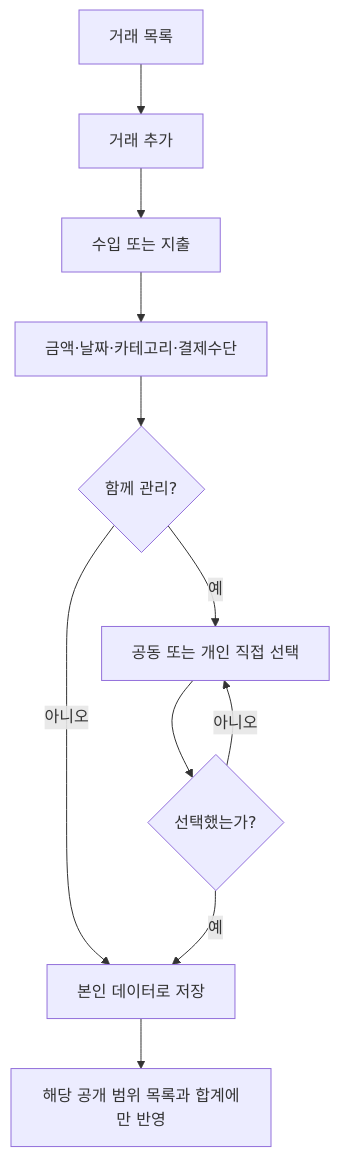
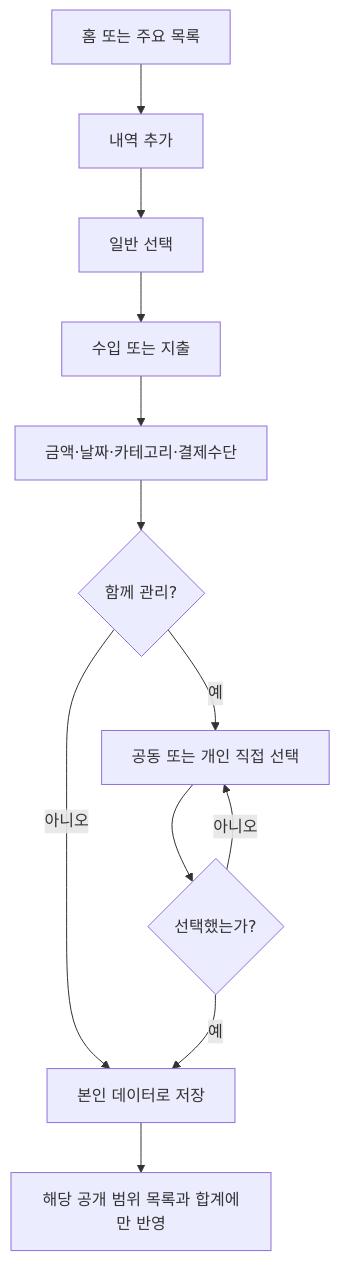
The sixth of 7 diagrams in docs/02-design/user-flow.md (hkcho11/handal-sallim), drawn with Mermaid before and after one commit. The commit also changed other lines of this file and 6 other files, not shown here.

````diff
--- a/docs/02-design/user-flow.md
+++ b/docs/02-design/user-flow.md
@@ -101,13 +100,14 @@
 ```mermaid
 flowchart TD
-    A[거래 목록] --> B[거래 추가]
-    B --> C[수입 또는 지출]
-    C --> D[금액·날짜·카테고리·결제수단]
-    D --> E{함께 관리?}
-    E -- 아니오 --> F[본인 데이터로 저장]
-    E -- 예 --> G[공동 또는 개인 직접 선택]
-    G --> H{선택했는가?}
-    H -- 아니오 --> G
-    H -- 예 --> F
-    F --> I[해당 공개 범위 목록과 합계에만 반영]
+    A[홈 또는 주요 목록] --> B[내역 추가]
+    B --> C[일반 선택]
+    C --> D[수입 또는 지출]
+    D --> E[금액·날짜·카테고리·결제수단]
+    E --> F{함께 관리?}
+    F -- 아니오 --> G[본인 데이터로 저장]
+    F -- 예 --> H[공동 또는 개인 직접 선택]
+    H --> I{선택했는가?}
+    I -- 아니오 --> H
+    I -- 예 --> G
+    G --> J[해당 공개 범위 목록과 합계에만 반영]
 ```
````
